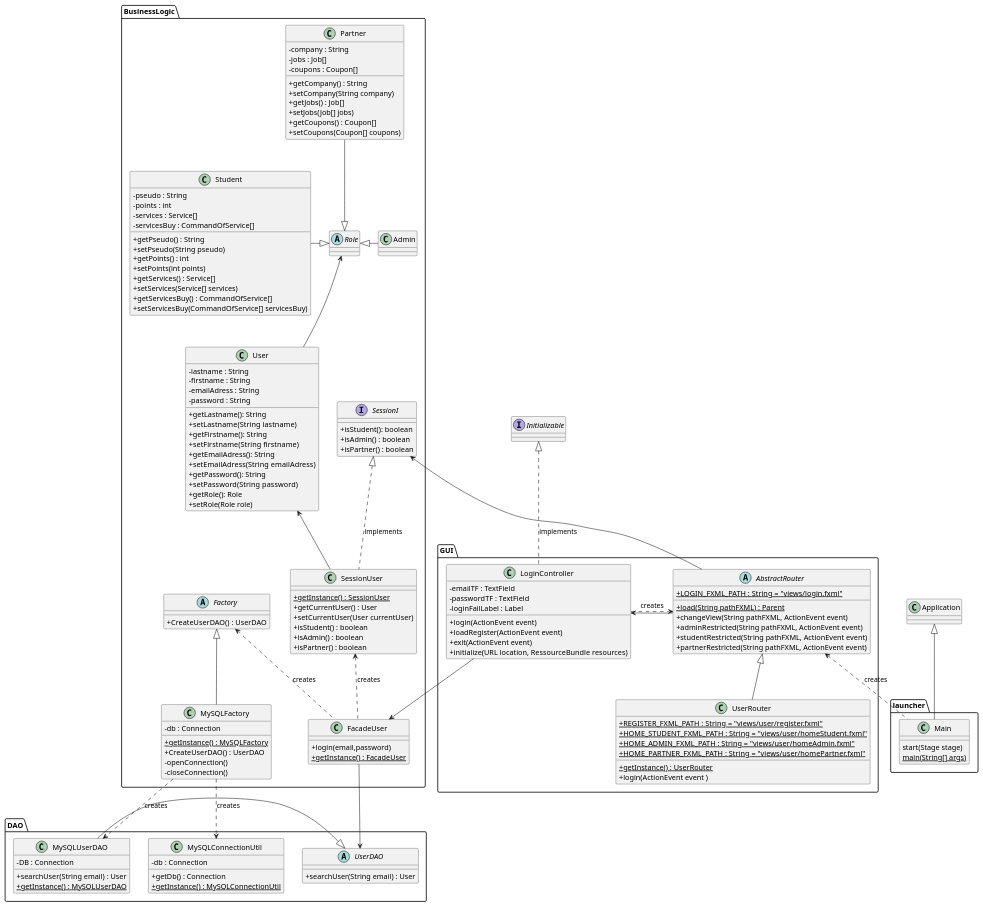
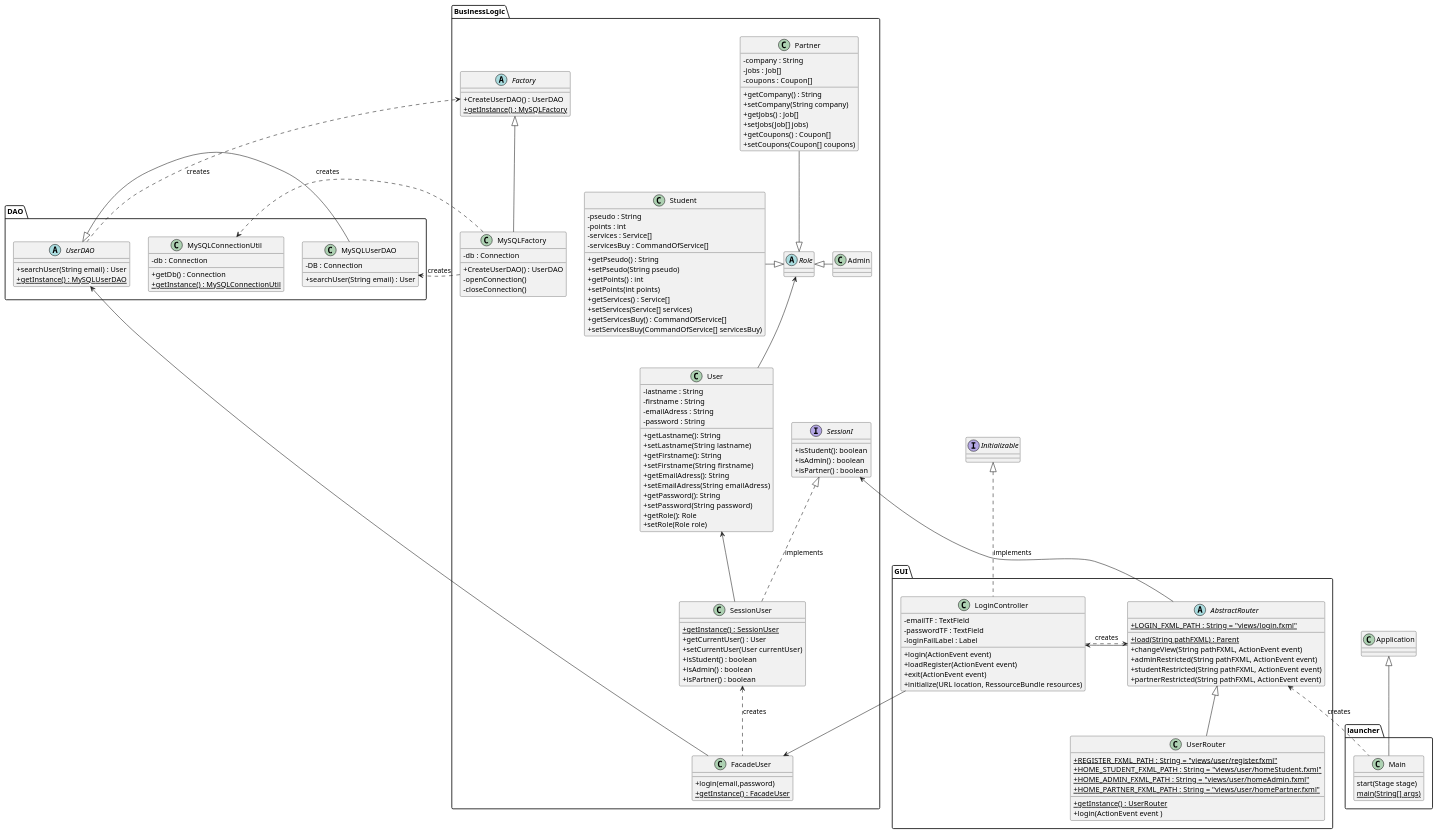
Before and after one commit to guiguie34/StudEasy: the diagram in project_diagrams/classDiagrams/login.puml, drawn with PlantUML. The commit also changed 6 other files, not shown here.

```diff
--- a/project_diagrams/classDiagrams/login.puml
+++ b/project_diagrams/classDiagrams/login.puml
@@ -1,173 +1,173 @@
 @startuml
 skinparam classAttributeIconSize 0
 
 class Application
 
 package launcher{
 
     class Main{
         start(Stage stage)
         {static} main(String[] args)
      }
 
     Application <|-- Main
 }
 
 interface Initializable
 
 package GUI{
 
     abstract class AbstractRouter{
         + {static} LOGIN_FXML_PATH : String = "views/login.fxml"
         + {static} load(String pathFXML) : Parent
         + changeView(String pathFXML, ActionEvent event)
         + adminRestricted(String pathFXML, ActionEvent event)
         + studentRestricted(String pathFXML, ActionEvent event)
         + partnerRestricted(String pathFXML, ActionEvent event)
     }
 
     class LoginController{
             - emailTF : TextField
             - passwordTF : TextField
             - loginFailLabel : Label
             + login(ActionEvent event)
             + loadRegister(ActionEvent event)
             + exit(ActionEvent event)
             + initialize(URL location, RessourceBundle resources)
         }
 
     class UserRouter{
         + {static} REGISTER_FXML_PATH : String = "views/user/register.fxml"
         + {static} HOME_STUDENT_FXML_PATH : String = "views/user/homeStudent.fxml"
         + {static} HOME_ADMIN_FXML_PATH : String = "views/user/homeAdmin.fxml"
         + {static} HOME_PARTNER_FXML_PATH : String = "views/user/homePartner.fxml"
         + {static} getInstance() : UserRouter
         + login(ActionEvent event )
     }
 
     Initializable <|.down. LoginController : implements
     AbstractRouter <.. Main : creates
     LoginController <-- AbstractRouter
     AbstractRouter <.left. LoginController : creates
     AbstractRouter <|-- UserRouter
 }
 
 package BusinessLogic{
     class FacadeUser{
         + login(email,password)
         + {static} getInstance() : FacadeUser
     }
 
     class SessionUser{
         + {static} getInstance() : SessionUser
         + getCurrentUser() : User
         + setCurrentUser(User currentUser)
         + isStudent() : boolean
         + isAdmin() : boolean
         + isPartner() : boolean
     }
 
     interface SessionI{
         + isStudent(): boolean
         + isAdmin() : boolean
         + isPartner() : boolean
     }
 
     class User{
         - lastname : String
         - firstname : String
         - emailAdress : String
         - password : String
         + getLastname(): String
         + setLastname(String  lastname)
         + getFirstname(): String
         + setFirstname(String  firstname)
         + getEmailAdress(): String
         + setEmailAdress(String  emailAdress)
         + getPassword(): String
         + setPassword(String  password)
         + getRole(): Role
         + setRole(Role role)
     }
 
     abstract class Role
 
     class Admin
 
     class Student{
         - pseudo : String
         - points : int
         - services : Service[]
         - servicesBuy : CommandOfService[]
         + getPseudo() : String
         + setPseudo(String pseudo)
         + getPoints() : int
         + setPoints(int points)
         + getServices() : Service[]
         + setServices(Service[] services)
         + getServicesBuy() : CommandOfService[]
         + setServicesBuy(CommandOfService[] servicesBuy)
     }
 
     class Partner{
         - company : String
         - jobs : Job[]
         - coupons : Coupon[]
         + getCompany() : String
         + setCompany(String company)
         + getJobs() : Job[]
         + setJobs(Job[] jobs)
         + getCoupons() : Coupon[]
         + setCoupons(Coupon[] coupons)
     }
 
     abstract class Factory{
         + CreateUserDAO() : UserDAO
+        + {static} getInstance() : MySQLFactory
     }
 
     class MySQLFactory{
         - db : Connection
-        + {static} getInstance() : MySQLFactory
         + CreateUserDAO() : UserDAO
         - openConnection()
         - closeConnection()
     }
 
     Role <|-left Student
     Role <|-right Admin
     Role <|--up Partner
     Role <-- User
     User <-- SessionUser
     SessionI <|.. SessionUser : implements
     SessionI <-- AbstractRouter
     SessionUser <.. FacadeUser : creates
-    Factory <.. FacadeUser : creates
     Factory <|-- MySQLFactory
     FacadeUser <-up- LoginController
 }
 
 package DAO{
     abstract class UserDAO{
         + searchUser(String email) : User
+        + {static} getInstance() : MySQLUserDAO
     }
 
     class MySQLUserDAO{
         - DB : Connection
         + searchUser(String email) : User
-        + {static} getInstance() : MySQLUserDAO
     }
 
     class MySQLConnectionUtil{
         - db : Connection
         + getDb() : Connection
         + {static} getInstance() : MySQLConnectionUtil
     }
 
-    UserDAO <|-up MySQLUserDAO
-    UserDAO <-up- FacadeUser
+    UserDAO <|- MySQLUserDAO
+    UserDAO <-- FacadeUser
+    UserDAO ..> Factory : creates
 
-    MySQLUserDAO <.up. MySQLFactory : creates
-    MySQLConnectionUtil <.up. MySQLFactory : creates
+    MySQLUserDAO <.left. MySQLFactory : creates
+    MySQLConnectionUtil <.left. MySQLFactory : creates
 }
 
 @enduml
```
